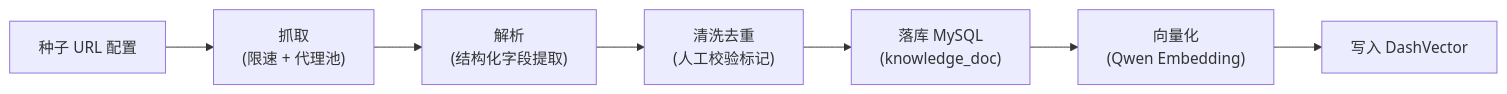
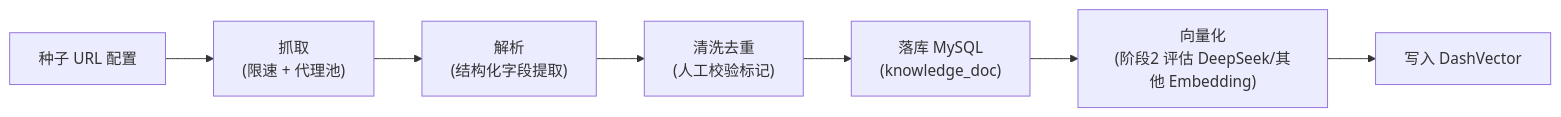
Before and after one commit to JJJZZZQQQ/Ski-Agent: the third of 4 diagrams in docs/PROJECT_PLAN.md, drawn with Mermaid. The commit also changed other lines of this file and 3 other files, not shown here.

First line of the commit message:
docs(phase-1): add phase-1 architecture detail and switch LLM to DeepSeek

````diff
--- a/docs/PROJECT_PLAN.md
+++ b/docs/PROJECT_PLAN.md
@@ -312,9 +312,9 @@
 ```mermaid
 flowchart LR
     Seed["种子 URL 配置"] --> Fetch["抓取<br/>(限速 + 代理池)"]
     Fetch --> Parse["解析<br/>(结构化字段提取)"]
     Parse --> Clean["清洗去重<br/>(人工校验标记)"]
     Clean --> Store["落库 MySQL<br/>(knowledge_doc)"]
-    Store --> Embed["向量化<br/>(Qwen Embedding)"]
+    Store --> Embed["向量化<br/>(阶段2 评估 DeepSeek/其他 Embedding)"]
     Embed --> Vector["写入 DashVector"]
 ```
````
